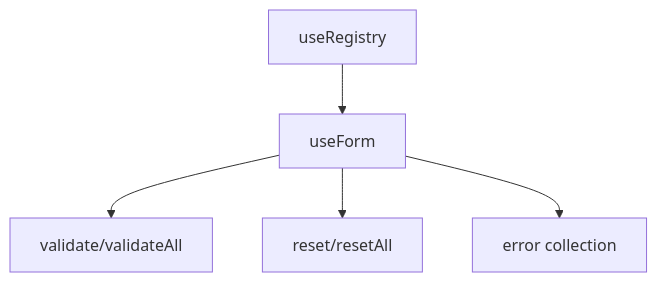
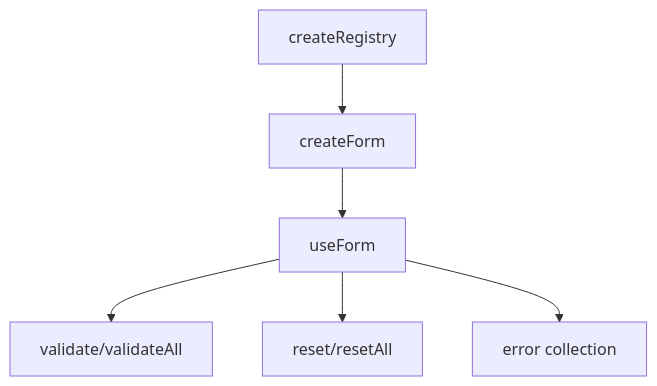
Before and after one commit to vuetifyjs/0: the diagram in apps/docs/src/pages/composables/forms/create-form.md, drawn with Mermaid. The commit also changed other lines of this file and 33 other files, not shown here.

````diff
--- a/apps/docs/src/pages/composables/forms/create-form.md
+++ b/apps/docs/src/pages/composables/forms/create-form.md
@@ -64,7 +64,8 @@
 ```mermaid "Form Validation Flow"
 flowchart TD
-  useRegistry --> useForm
+  createRegistry --> createForm
+  createForm --> useForm
   useForm --> validate[validate/validateAll]
   useForm --> reset[reset/resetAll]
   useForm --> errors[error collection]
 ```
````
